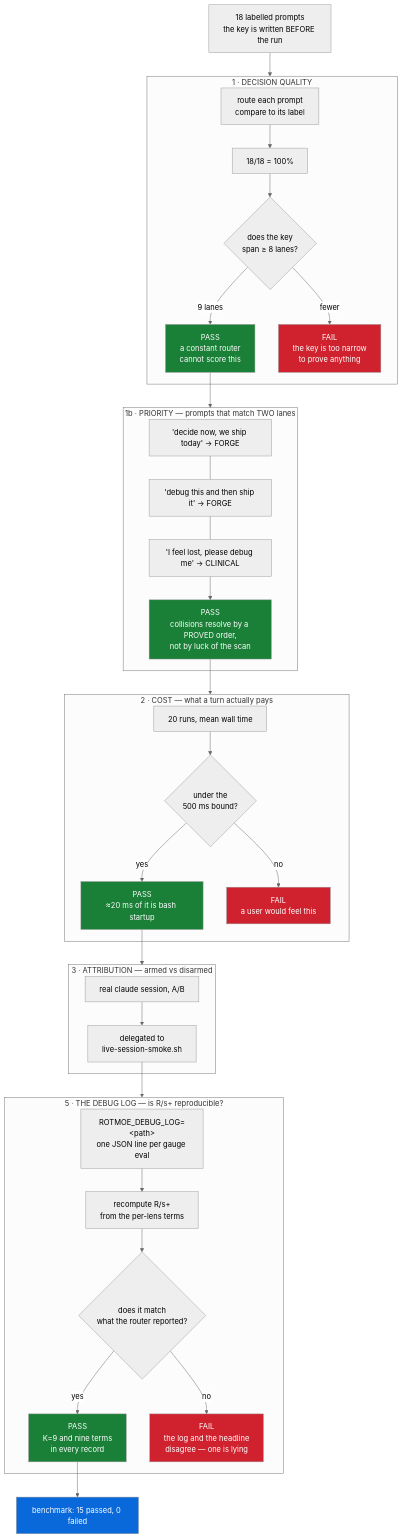
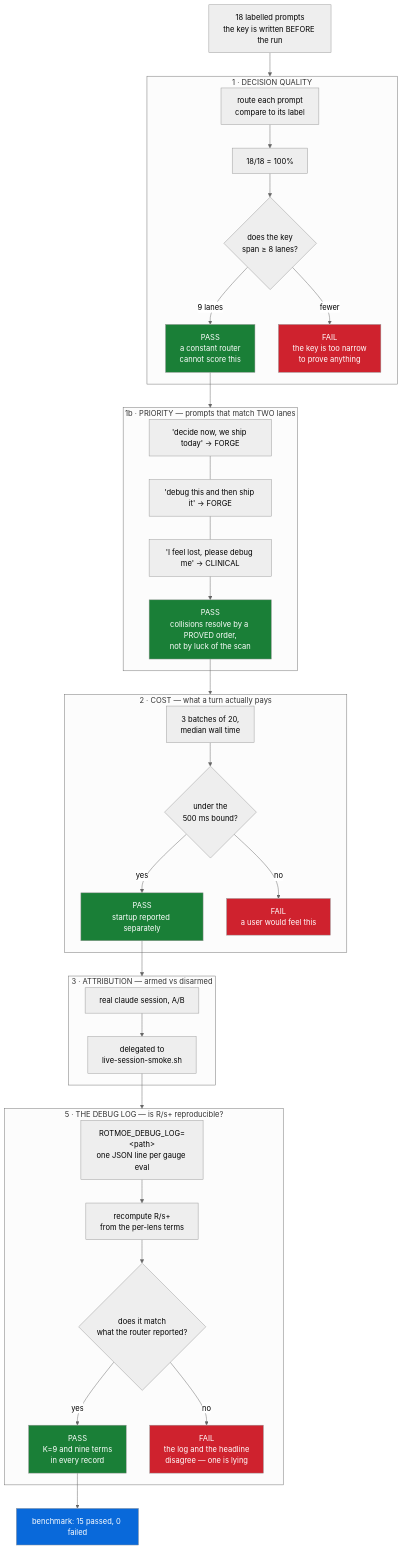
Before and after one commit to Nova-Violet-Role/RoT-MoE: the second of 2 diagrams in README.md, drawn with Mermaid (neutral theme). The commit also changed other lines of this file and 26 other files, not shown here.

````diff
--- a/README.md
+++ b/README.md
@@ -1009,51 +1020,51 @@
 ```mermaid
 flowchart TD
     P["18 labelled prompts<br/>the key is written BEFORE the run"] --> Q
 
     subgraph Q["1 · DECISION QUALITY"]
         Q1["route each prompt<br/>compare to its label"] --> Q2["18/18 = 100%"]
         Q2 --> Q3{"does the key<br/>span ≥ 8 lanes?"}
         Q3 -- "9 lanes" --> QOK["PASS<br/>a constant router<br/>cannot score this"]
         Q3 -- "fewer" --> QNO["FAIL<br/>the key is too narrow<br/>to prove anything"]
     end
 
     QOK --> R
     subgraph R["1b · PRIORITY — prompts that match TWO lanes"]
         R1["'decide now, we ship today' → FORGE"]
         R2["'debug this and then ship it' → FORGE"]
         R3["'I feel lost, please debug me' → CLINICAL"]
         R1 --- R2 --- R3
         R3 --> ROK["PASS<br/>collisions resolve by a PROVED order,<br/>not by luck of the scan"]
     end
 
     ROK --> S
     subgraph S["2 · COST — what a turn actually pays"]
-        S1["20 runs, mean wall time"] --> S2{"under the<br/>500 ms bound?"}
-        S2 -- yes --> SOK["PASS<br/>≈20 ms of it is bash startup"]
+        S1["3 batches of 20,<br/>median wall time"] --> S2{"under the<br/>500 ms bound?"}
+        S2 -- yes --> SOK["PASS<br/>startup reported separately"]
         S2 -- no --> SNO["FAIL<br/>a user would feel this"]
     end
 
     SOK --> T
     subgraph T["3 · ATTRIBUTION — armed vs disarmed"]
         T1["real claude session, A/B"] --> TOK["delegated to<br/>live-session-smoke.sh"]
     end
 
     TOK --> D
     subgraph D["5 · THE DEBUG LOG — is R/s+ reproducible?"]
         D1["ROTMOE_DEBUG_LOG=&lt;path&gt;<br/>one JSON line per gauge eval"] --> D2["recompute R/s+<br/>from the per-lens terms"]
         D2 --> D3{"does it match<br/>what the router reported?"}
         D3 -- yes --> DOK["PASS<br/>K=9 and nine terms<br/>in every record"]
         D3 -- no --> DNO["FAIL<br/>the log and the headline<br/>disagree — one is lying"]
     end
 
     DOK --> V["benchmark: 15 passed, 0 failed"]
 
     style QOK fill:#1a7f37,color:#fff
     style ROK fill:#1a7f37,color:#fff
     style SOK fill:#1a7f37,color:#fff
     style V fill:#0969da,color:#fff
     style DOK fill:#1a7f37,color:#fff
     style DNO fill:#cf222e,color:#fff
     style QNO fill:#cf222e,color:#fff
     style SNO fill:#cf222e,color:#fff
 ```
````
